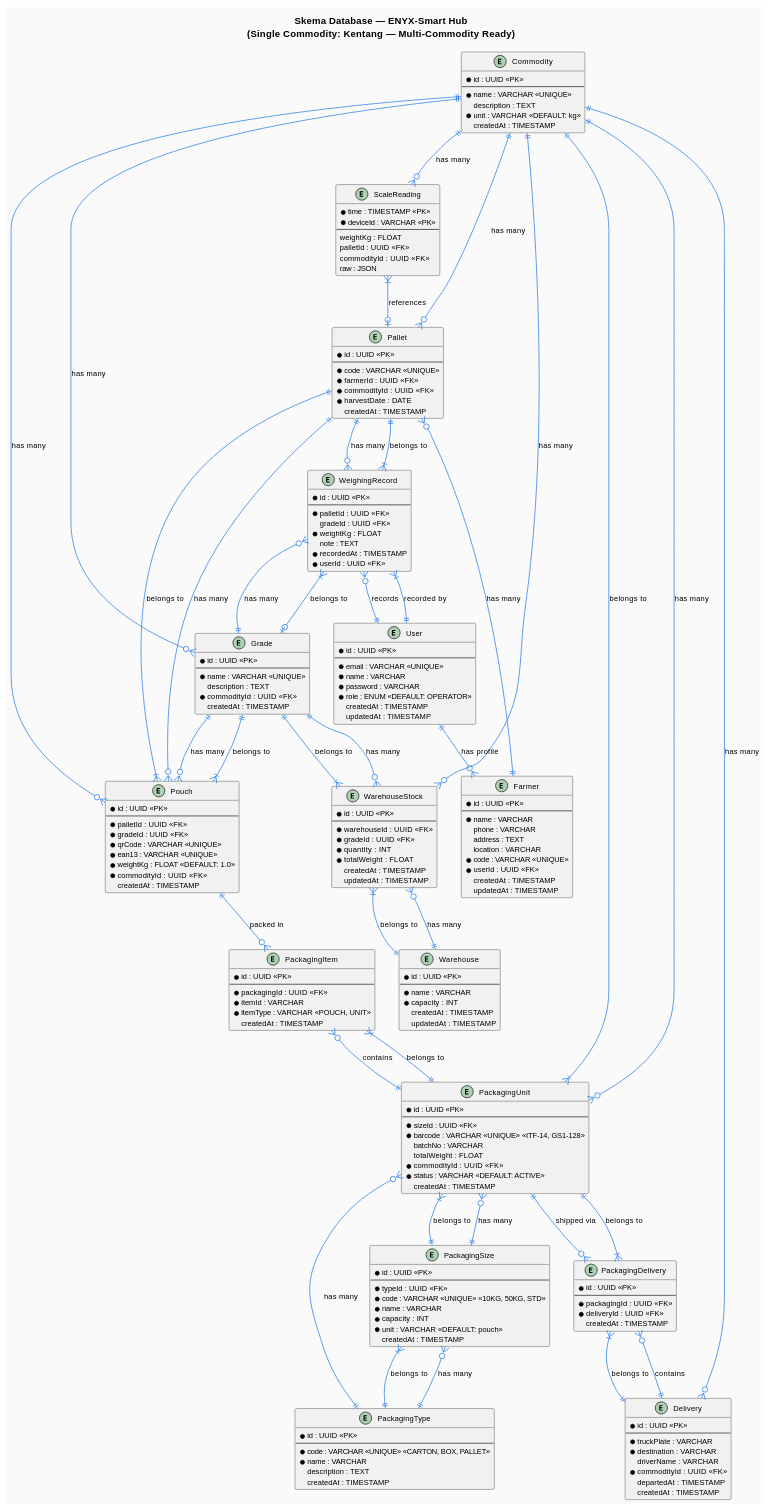
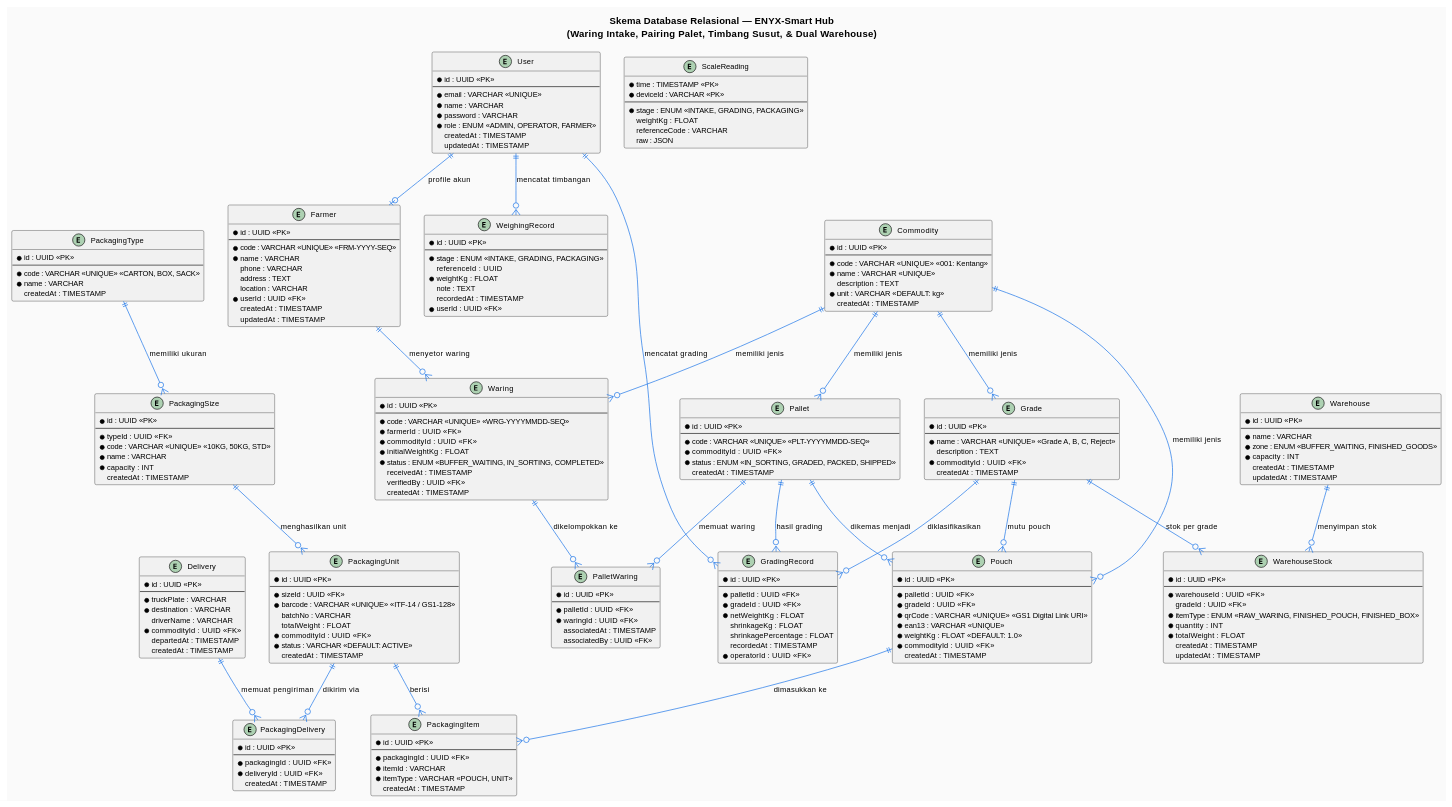
The third of 3 diagrams in docs/DIAGRAM.md (Rezen351/smarthub), drawn with PlantUML before and after one commit. The commit also changed other lines of this file and 30 other files, not shown here.

First line of the commit message:
feat(packhouse): streamline 3-station workflow, live scale weighing, and pallet QR scanning

````diff
--- a/docs/DIAGRAM.md
+++ b/docs/DIAGRAM.md
@@ -408,20 +373,11 @@
 skinparam DefaultFontName Arial
 skinparam DefaultFontSize 11
 
-title Skema Database — ENYX-Smart Hub\n(Single Commodity: Kentang — Multi-Commodity Ready)
+title Skema Database Relasional — ENYX-Smart Hub\n(Waring Intake, Pairing Palet, Timbang Susut, & Dual Warehouse)
 
 ' ============================================================
 ' CORE MODELS
 ' ============================================================
-
-entity "Commodity" as commodity {
-  *id : UUID <<PK>>
-  --
-  *name : VARCHAR <<UNIQUE>>
-  description : TEXT
-  *unit : VARCHAR <<DEFAULT: kg>>
-  createdAt : TIMESTAMP
-}
 
 entity "User" as user {
   *id : UUID <<PK>>
@@ -429,7 +385,7 @@
   *email : VARCHAR <<UNIQUE>>
   *name : VARCHAR
   *password : VARCHAR
-  *role : ENUM <<DEFAULT: OPERATOR>>
+  *role : ENUM <<ADMIN, OPERATOR, FARMER>>
   createdAt : TIMESTAMP
   updatedAt : TIMESTAMP
 }
@@ -437,43 +393,86 @@
 entity "Farmer" as farmer {
   *id : UUID <<PK>>
   --
+  *code : VARCHAR <<UNIQUE>> <<FRM-YYYY-SEQ>>
   *name : VARCHAR
   phone : VARCHAR
   address : TEXT
   location : VARCHAR
-  *code : VARCHAR <<UNIQUE>>
   *userId : UUID <<FK>>
   createdAt : TIMESTAMP
   updatedAt : TIMESTAMP
 }
 
+entity "Commodity" as commodity {
+  *id : UUID <<PK>>
+  --
+  *code : VARCHAR <<UNIQUE>> <<001: Kentang>>
+  *name : VARCHAR <<UNIQUE>>
+  description : TEXT
+  *unit : VARCHAR <<DEFAULT: kg>>
+  createdAt : TIMESTAMP
+}
+
+entity "Waring" as waring {
+  *id : UUID <<PK>>
+  --
+  *code : VARCHAR <<UNIQUE>> <<WRG-YYYYMMDD-SEQ>>
+  *farmerId : UUID <<FK>>
+  *commodityId : UUID <<FK>>
+  *initialWeightKg : FLOAT
+  *status : ENUM <<BUFFER_WAITING, IN_SORTING, COMPLETED>>
+  receivedAt : TIMESTAMP
+  verifiedBy : UUID <<FK>>
+  createdAt : TIMESTAMP
+}
+
 entity "Pallet" as pallet {
   *id : UUID <<PK>>
   --
-  *code : VARCHAR <<UNIQUE>>
-  *farmerId : UUID <<FK>>
+  *code : VARCHAR <<UNIQUE>> <<PLT-YYYYMMDD-SEQ>>
   *commodityId : UUID <<FK>>
-  *harvestDate : DATE
+  *status : ENUM <<IN_SORTING, GRADED, PACKED, SHIPPED>>
   createdAt : TIMESTAMP
+}
+
+entity "PalletWaring" as pallet_waring {
+  *id : UUID <<PK>>
+  --
+  *palletId : UUID <<FK>>
+  *waringId : UUID <<FK>>
+  associatedAt : TIMESTAMP
+  associatedBy : UUID <<FK>>
 }
 
 entity "Grade" as grade {
   *id : UUID <<PK>>
   --
-  *name : VARCHAR <<UNIQUE>>
+  *name : VARCHAR <<UNIQUE>> <<Grade A, B, C, Reject>>
   description : TEXT
   *commodityId : UUID <<FK>>
   createdAt : TIMESTAMP
 }
 
+entity "GradingRecord" as grading_record {
+  *id : UUID <<PK>>
+  --
+  *palletId : UUID <<FK>>
+  *gradeId : UUID <<FK>>
+  *netWeightKg : FLOAT
+  shrinkageKg : FLOAT
+  shrinkagePercentage : FLOAT
+  recordedAt : TIMESTAMP
+  *operatorId : UUID <<FK>>
+}
+
 entity "WeighingRecord" as weighing {
   *id : UUID <<PK>>
   --
-  *palletId : UUID <<FK>>
-  gradeId : UUID <<FK>>
+  *stage : ENUM <<INTAKE, GRADING, PACKAGING>>
+  referenceId : UUID
   *weightKg : FLOAT
   note : TEXT
-  *recordedAt : TIMESTAMP
+  recordedAt : TIMESTAMP
   *userId : UUID <<FK>>
 }
 
@@ -482,7 +481,7 @@
   --
   *palletId : UUID <<FK>>
   *gradeId : UUID <<FK>>
-  *qrCode : VARCHAR <<UNIQUE>>
+  *qrCode : VARCHAR <<UNIQUE>> <<GS1 Digital Link URI>>
   *ean13 : VARCHAR <<UNIQUE>>
   *weightKg : FLOAT <<DEFAULT: 1.0>>
   *commodityId : UUID <<FK>>
@@ -493,6 +492,7 @@
   *id : UUID <<PK>>
   --
   *name : VARCHAR
+  *zone : ENUM <<BUFFER_WAITING, FINISHED_GOODS>>
   *capacity : INT
   createdAt : TIMESTAMP
   updatedAt : TIMESTAMP
@@ -502,7 +502,8 @@
   *id : UUID <<PK>>
   --
   *warehouseId : UUID <<FK>>
-  *gradeId : UUID <<FK>>
+  gradeId : UUID <<FK>>
+  *itemType : ENUM <<RAW_WARING, FINISHED_POUCH, FINISHED_BOX>>
   *quantity : INT
   *totalWeight : FLOAT
   createdAt : TIMESTAMP
@@ -510,15 +511,14 @@
 }
 
 ' ============================================================
-' PACKAGING MODELS (Generalized)
+' PACKAGING & DELIVERY MODELS
 ' ============================================================
 
 entity "PackagingType" as pkg_type {
   *id : UUID <<PK>>
   --
-  *code : VARCHAR <<UNIQUE>> <<CARTON, BOX, PALLET>>
+  *code : VARCHAR <<UNIQUE>> <<CARTON, BOX, SACK>>
   *name : VARCHAR
-  description : TEXT
   createdAt : TIMESTAMP
 }
 
@@ -529,7 +529,6 @@
   *code : VARCHAR <<UNIQUE>> <<10KG, 50KG, STD>>
   *name : VARCHAR
   *capacity : INT
-  *unit : VARCHAR <<DEFAULT: pouch>>
   createdAt : TIMESTAMP
 }
 
@@ -537,7 +536,7 @@
   *id : UUID <<PK>>
   --
   *sizeId : UUID <<FK>>
-  *barcode : VARCHAR <<UNIQUE>> <<ITF-14, GS1-128>>
+  *barcode : VARCHAR <<UNIQUE>> <<ITF-14 / GS1-128>>
   batchNo : VARCHAR
   totalWeight : FLOAT
   *commodityId : UUID <<FK>>
@@ -554,18 +553,6 @@
   createdAt : TIMESTAMP
 }
 
-entity "PackagingDelivery" as pkg_delivery {
-  *id : UUID <<PK>>
-  --
-  *packagingId : UUID <<FK>>
-  *deliveryId : UUID <<FK>>
-  createdAt : TIMESTAMP
-}
-
-' ============================================================
-' DELIVERY & TIME SERIES
-' ============================================================
-
 entity "Delivery" as delivery {
   *id : UUID <<PK>>
   --
@@ -577,86 +564,55 @@
   createdAt : TIMESTAMP
 }
 
+entity "PackagingDelivery" as pkg_delivery {
+  *id : UUID <<PK>>
+  --
+  *packagingId : UUID <<FK>>
+  *deliveryId : UUID <<FK>>
+  createdAt : TIMESTAMP
+}
+
 entity "ScaleReading" as scale {
   *time : TIMESTAMP <<PK>>
   *deviceId : VARCHAR <<PK>>
   --
+  *stage : ENUM <<INTAKE, GRADING, PACKAGING>>
   weightKg : FLOAT
-  palletId : UUID <<FK>>
-  commodityId : UUID <<FK>>
+  referenceCode : VARCHAR
   raw : JSON
 }
 
 ' ============================================================
-' RELATIONSHIPS
+' HUBUNGAN RELASIONAL ENTITAS
 ' ============================================================
 
-' Commodity relationships
-commodity ||--o{ pallet : "has many"
-commodity ||--o{ grade : "has many"
-commodity ||--o{ pouch : "has many"
-commodity ||--o{ stock : "has many"
-commodity ||--o{ pkg_unit : "has many"
-commodity ||--o{ delivery : "has many"
-commodity ||--o{ scale : "has many"
+user ||--o| farmer : "profile akun"
+farmer ||--o{ waring : "menyetor waring"
+commodity ||--o{ waring : "memiliki jenis"
+commodity ||--o{ pallet : "memiliki jenis"
+commodity ||--o{ grade : "memiliki jenis"
+commodity ||--o{ pouch : "memiliki jenis"
 
-' User relationships
-user ||--o{ farmer : "has profile"
-user ||--o{ weighing : "records"
+waring ||--o{ pallet_waring : "dikelompokkan ke"
+pallet ||--o{ pallet_waring : "memuat waring"
 
-' Farmer relationships
-farmer ||--o{ pallet : "has many"
+pallet ||--o{ grading_record : "hasil grading"
+grade ||--o{ grading_record : "diklasifikasikan"
+pallet ||--o{ pouch : "dikemas menjadi"
+grade ||--o{ pouch : "mutu pouch"
 
-' Pallet relationships
-pallet ||--o{ weighing : "has many"
-pallet ||--o{ pouch : "has many"
+warehouse ||--o{ stock : "menyimpan stok"
+grade ||--o{ stock : "stok per grade"
 
-' Grade relationships
-grade ||--o{ weighing : "has many"
-grade ||--o{ pouch : "has many"
-grade ||--o{ stock : "has many"
+pouch ||--o{ pkg_item : "dimasukkan ke"
+pkg_type ||--o{ pkg_size : "memiliki ukuran"
+pkg_size ||--o{ pkg_unit : "menghasilkan unit"
+pkg_unit ||--o{ pkg_item : "berisi"
+pkg_unit ||--o{ pkg_delivery : "dikirim via"
+delivery ||--o{ pkg_delivery : "memuat pengiriman"
 
-' Weighing relationships
-weighing }|--|| pallet : "belongs to"
-weighing }|--o| grade : "belongs to"
-weighing }|--|| user : "recorded by"
-
-' Pouch relationships
-pouch }|--|| pallet : "belongs to"
-pouch }|--|| grade : "belongs to"
-pouch ||--o{ pkg_item : "packed in"
-
-' Warehouse relationships
-warehouse ||--o{ stock : "has many"
-stock }|--|| warehouse : "belongs to"
-stock }|--|| grade : "belongs to"
-
-' Packaging Type relationships
-pkg_type ||--o{ pkg_size : "has many"
-pkg_type ||--o{ pkg_unit : "has many"
-
-' Packaging Size relationships
-pkg_size }|--|| pkg_type : "belongs to"
-pkg_size ||--o{ pkg_unit : "has many"
-
-' Packaging Unit relationships
-pkg_unit }|--|| pkg_size : "belongs to"
-pkg_unit }|--|| commodity : "belongs to"
-pkg_unit ||--o{ pkg_item : "contains"
-pkg_unit ||--o{ pkg_delivery : "shipped via"
-
-' Packaging Item relationships
-pkg_item }|--|| pkg_unit : "belongs to"
-
-' Packaging Delivery relationships
-pkg_delivery }|--|| pkg_unit : "belongs to"
-pkg_delivery }|--|| delivery : "belongs to"
-
-' Delivery relationships
-delivery ||--o{ pkg_delivery : "contains"
-
-' Scale Reading relationships
-scale }|--o| pallet : "references"
+user ||--o{ weighing : "mencatat timbangan"
+user ||--o{ grading_record : "mencatat grading"
 
 @enduml
 ```
````
